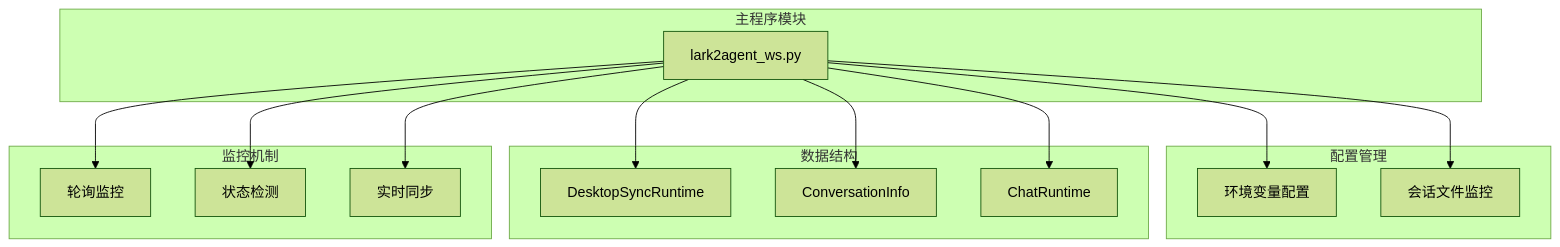
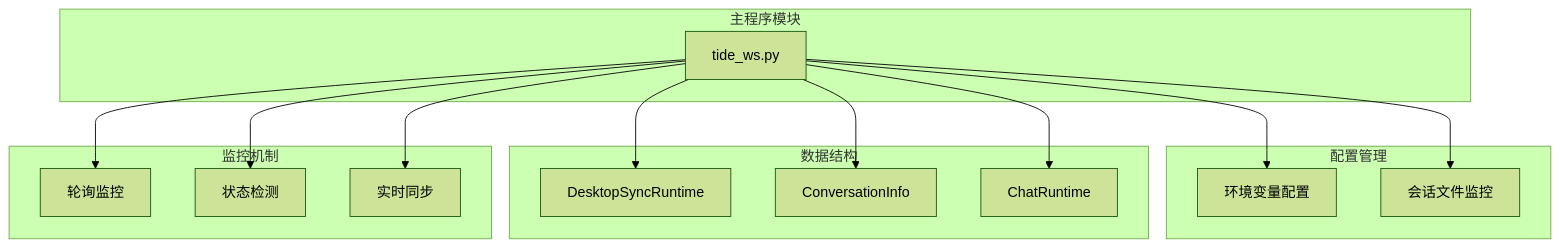
One commit to winditer/tide changed the first of 6 diagrams in .qoder/repowiki/zh/content/高级特性/状态同步/桌面会话同步.md. Above: the diagram before and after it, drawn with Mermaid (forest theme). The commit also changed other lines of this file and 260 other files, not shown here.

````diff
--- a/.qoder/repowiki/zh/content/高级特性/状态同步/桌面会话同步.md
+++ b/.qoder/repowiki/zh/content/高级特性/状态同步/桌面会话同步.md
@@ -35,28 +35,28 @@
 ```mermaid
 graph TB
 subgraph "主程序模块"
-A[lark2agent_ws.py]
+A[tide_ws.py]
 end
 subgraph "配置管理"
 B[环境变量配置]
 C[会话文件监控]
 end
 subgraph "数据结构"
 D[DesktopSyncRuntime]
 E[ConversationInfo]
 F[ChatRuntime]
 end
 subgraph "监控机制"
 G[轮询监控]
 H[状态检测]
 I[实时同步]
 end
 A --> B
 A --> C
 A --> D
 A --> E
 A --> F
 A --> G
 A --> H
 A --> I
 ```
````
